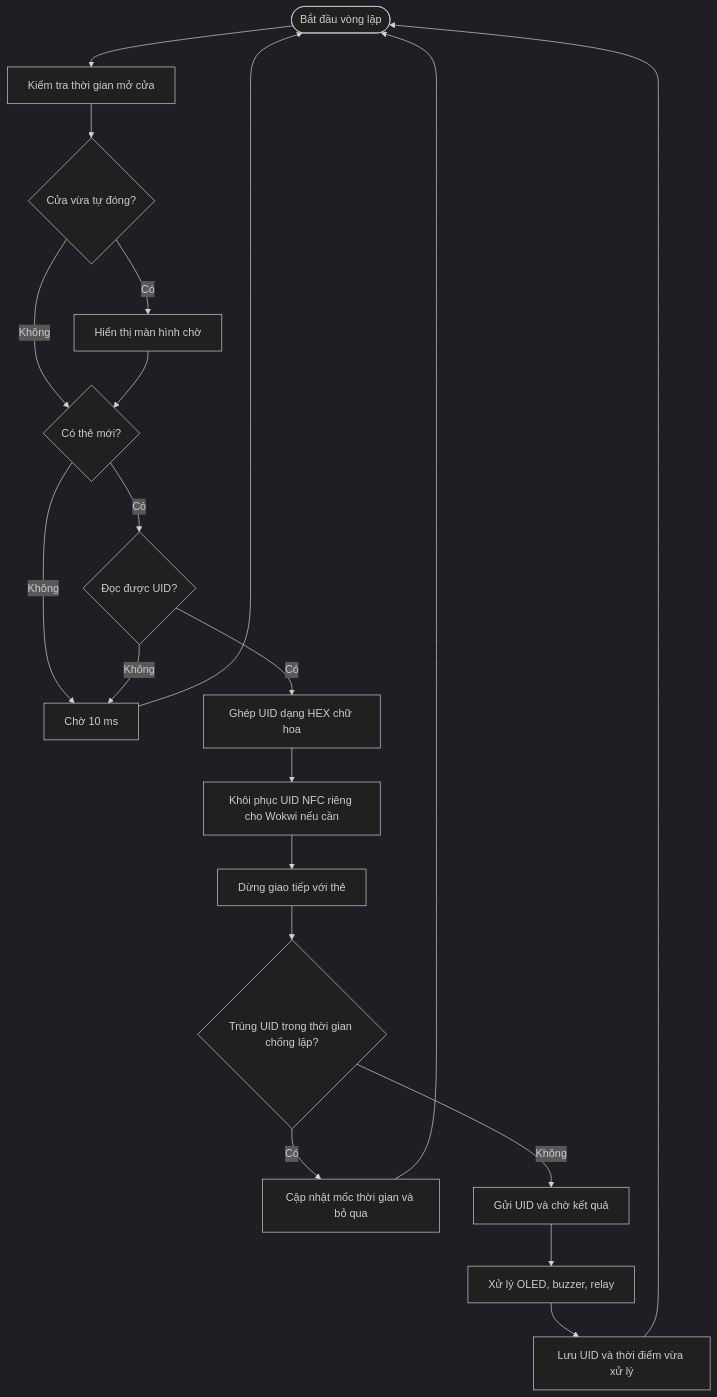
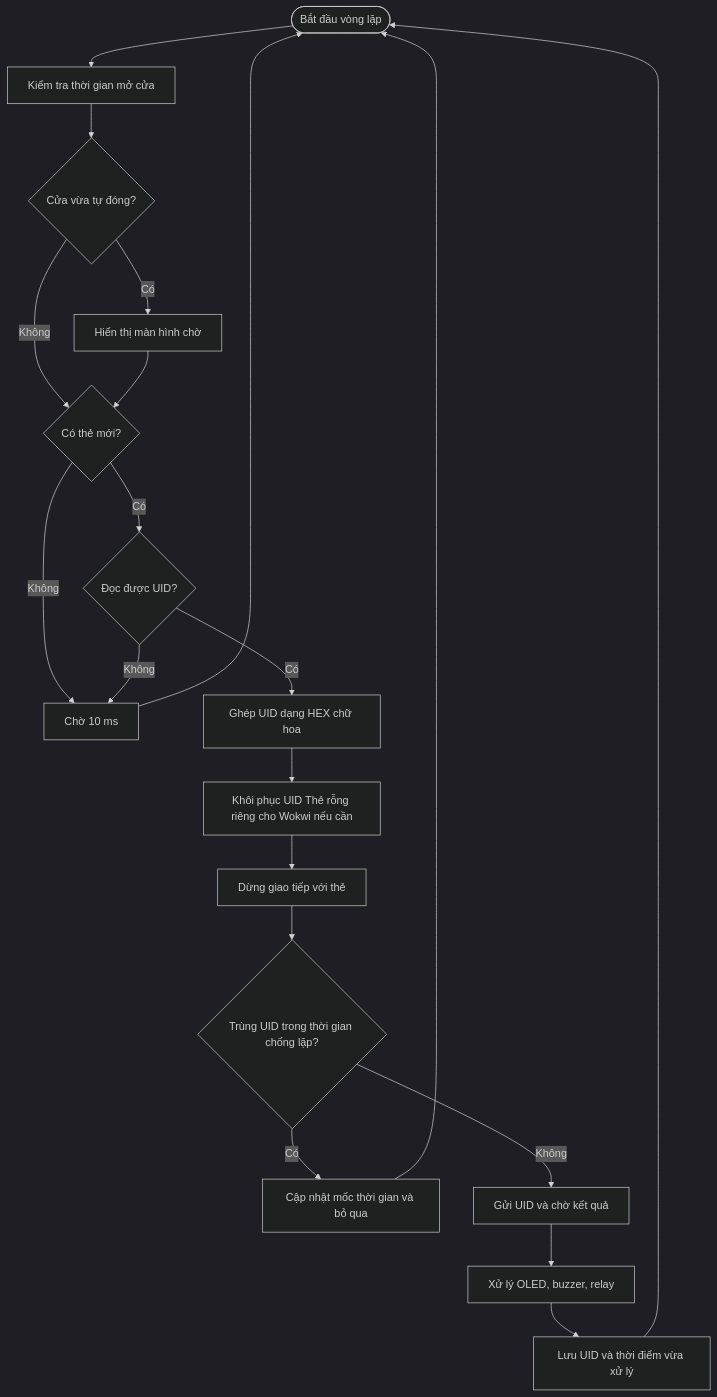
Before and after one commit to nguyen-mowftee2006/iot-tx2-project-ver1: the fifth of 15 diagrams in docs/TAI_LIEU_KY_THUAT_NEW.md, drawn with Mermaid (dark theme). The commit also changed other lines of this file and 5 other files, not shown here.

````diff
--- a/docs/TAI_LIEU_KY_THUAT_NEW.md
+++ b/docs/TAI_LIEU_KY_THUAT_NEW.md
@@ -194,22 +194,22 @@
 ```mermaid
 flowchart TD
     A([Bắt đầu vòng lặp]) --> B[Kiểm tra thời gian mở cửa]
     B --> C{Cửa vừa tự đóng?}
     C -- Có --> D[Hiển thị màn hình chờ]
     C -- Không --> E{Có thẻ mới?}
     D --> E
     E -- Không --> F[Chờ 10 ms]
     F --> A
     E -- Có --> G{Đọc được UID?}
     G -- Không --> F
     G -- Có --> H[Ghép UID dạng HEX chữ hoa]
-    H --> I[Khôi phục UID NFC riêng cho Wokwi nếu cần]
+    H --> I[Khôi phục UID Thẻ rỗng riêng cho Wokwi nếu cần]
     I --> J[Dừng giao tiếp với thẻ]
     J --> K{Trùng UID trong thời gian chống lặp?}
     K -- Có --> L[Cập nhật mốc thời gian và bỏ qua]
     L --> A
     K -- Không --> M[Gửi UID và chờ kết quả]
     M --> N[Xử lý OLED, buzzer, relay]
     N --> O[Lưu UID và thời điểm vừa xử lý]
     O --> A
 ```
````
